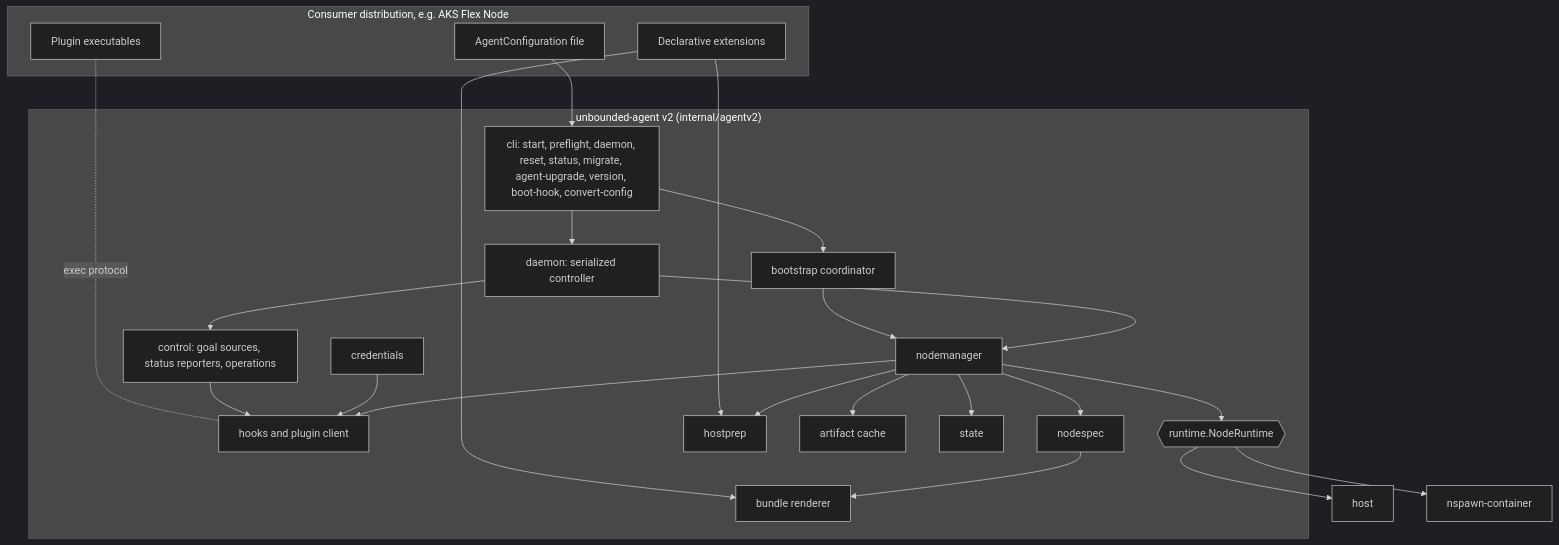
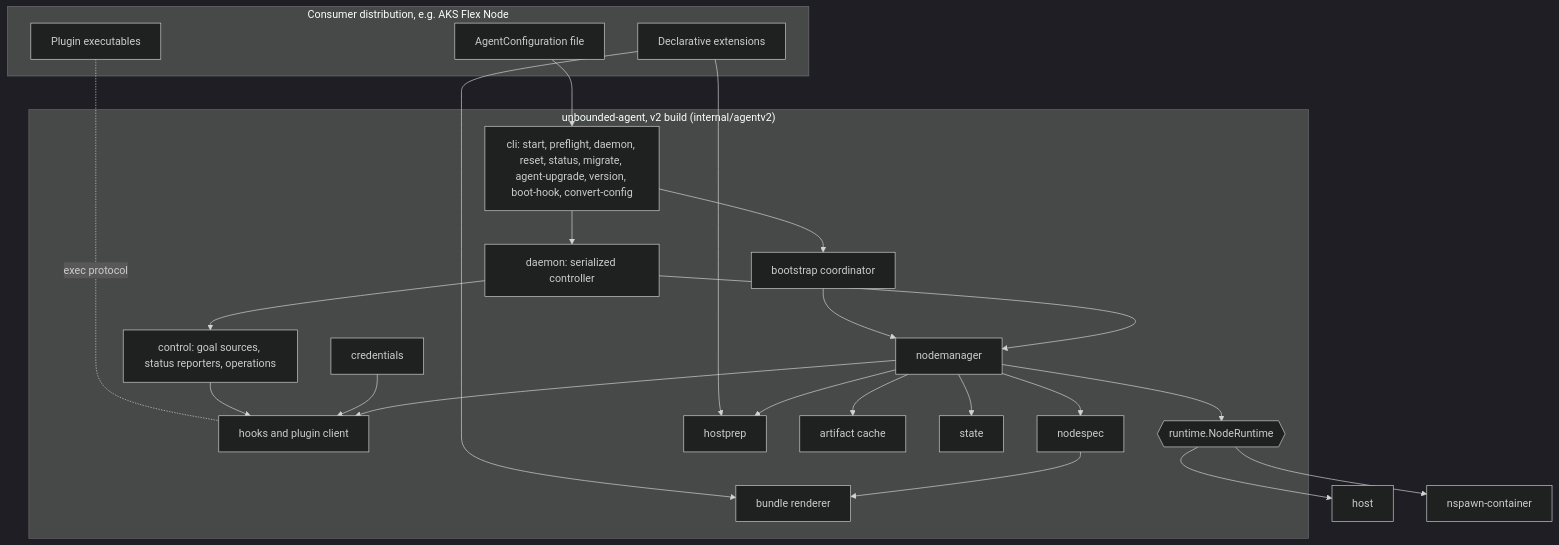
Before and after one commit to Azure/unbounded: the diagram in designs/agent-v2/README.md, drawn with Mermaid (dark theme). The commit also changed other lines of this file and 11 other files, not shown here.

````diff
--- a/designs/agent-v2/README.md
+++ b/designs/agent-v2/README.md
@@ -202,40 +207,40 @@
 ```mermaid
 flowchart TB
   subgraph Consumer["Consumer distribution, e.g. AKS Flex Node"]
     CFG["AgentConfiguration file"]
     PLG["Plugin executables"]
     EXT["Declarative extensions"]
   end
-  subgraph Agent["unbounded-agent v2 (internal/agentv2)"]
+  subgraph Agent["unbounded-agent, v2 build (internal/agentv2)"]
     CLI["cli: start, preflight, daemon, reset, status, migrate, agent-upgrade, version, boot-hook, convert-config"]
     BOOT["bootstrap coordinator"]
     DAE["daemon: serialized controller"]
     NM["nodemanager"]
     CTRL["control: goal sources, status reporters, operations"]
     CRED["credentials"]
     HK["hooks and plugin client"]
     SPEC["nodespec"]
     BUN["bundle renderer"]
     HP["hostprep"]
     ART["artifact cache"]
     ST["state"]
     RTI{{"runtime.NodeRuntime"}}
   end
   CFG --> CLI
   PLG -. exec protocol .- HK
   EXT --> BUN
   EXT --> HP
   CLI --> BOOT --> NM
   CLI --> DAE --> NM
   DAE --> CTRL
   NM --> SPEC --> BUN
   NM --> ART
   NM --> ST
   NM --> HP
   NM --> RTI
   CTRL --> HK
   CRED --> HK
   NM --> HK
   RTI --> RTH["host"]
   RTI --> RTN["nspawn-container"]
 ```
````
